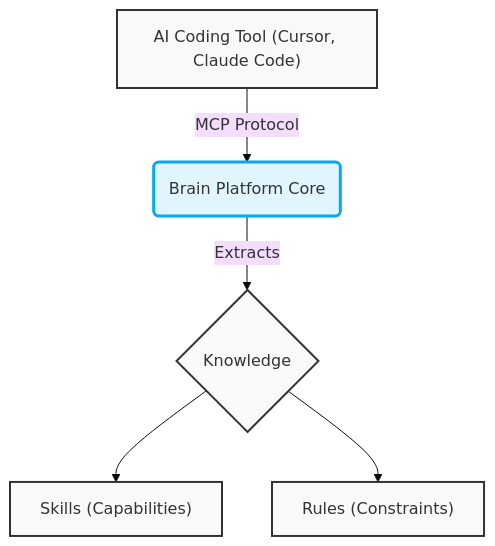
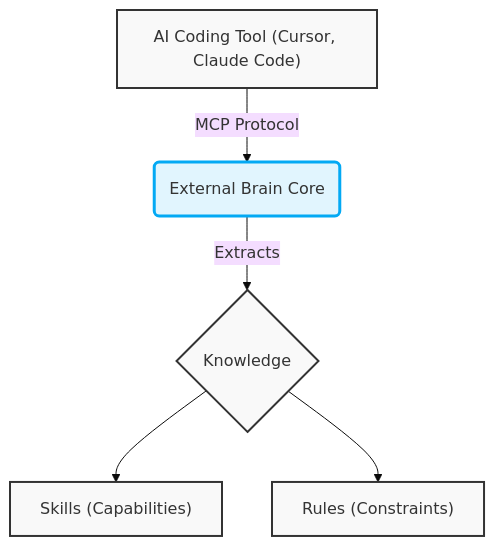
The diagram in docs/assets/illustrations/user_flow.md (bejranonda/ExternalBrain), drawn with Mermaid (base theme) before and after one commit. The commit also changed other lines of this file and 37 other files, not shown here.

First line of the commit message:
docs: finish the "External Brain" rename across docs, scripts & config

````diff
--- a/docs/assets/illustrations/user_flow.md
+++ b/docs/assets/illustrations/user_flow.md
@@ -3,11 +3,11 @@
 ```mermaid
 flowchart TD
-    A["AI Coding Tool (Cursor, Claude Code)"] -- MCP Protocol --> B("Brain Platform Core")
+    A["AI Coding Tool (Cursor, Claude Code)"] -- MCP Protocol --> B("External Brain Core")
     B -- Extracts --> C{"Knowledge"}
     C --> D["Skills (Capabilities)"]
     C --> E["Rules (Constraints)"]
     
     classDef default fill:#f9f9f9,stroke:#333,stroke-width:2px;
     classDef core fill:#e1f5fe,stroke:#03a9f4,stroke-width:3px;
     class B core;
 ```
````
